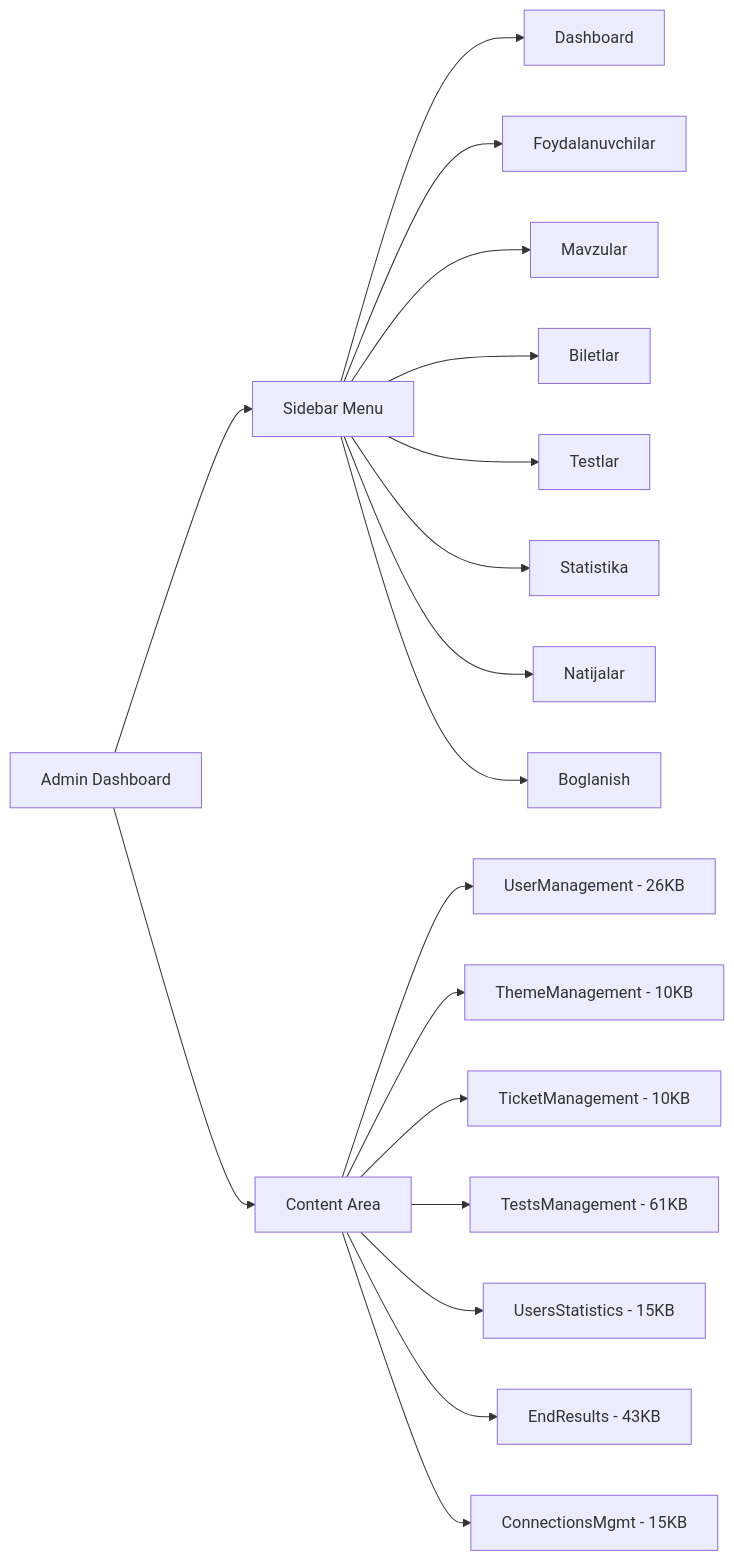
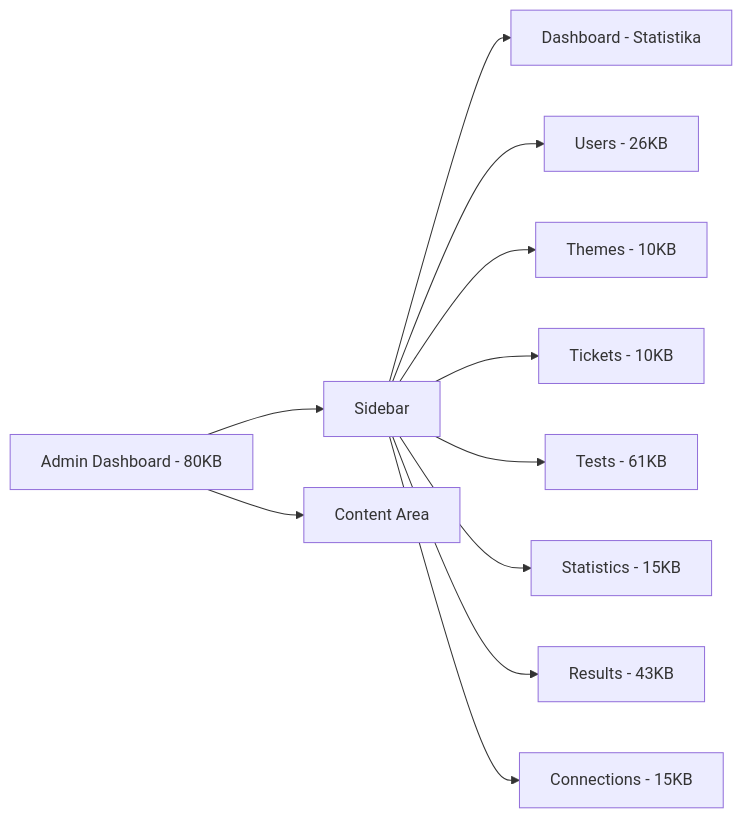
Diagram 13 of 16 in README.md (khismoiloff/BrpAvtoTest), drawn with Mermaid before and after one commit. The commit also changed other lines of this file, not shown here.

````diff
--- a/README.md
+++ b/README.md
@@ -704,23 +756,15 @@
 ```mermaid
 %%{init: {'theme': 'default'}}%%
 graph LR
-    AD[Admin Dashboard] --> S[Sidebar Menu]
+    AD[Admin Dashboard - 80KB] --> S[Sidebar]
     AD --> C[Content Area]
-    
-    S --> S1[Dashboard]
-    S --> S2[Foydalanuvchilar]
-    S --> S3[Mavzular]
-    S --> S4[Biletlar]
-    S --> S5[Testlar]
-    S --> S6[Statistika]
-    S --> S7[Natijalar]
-    S --> S8[Boglanish]
-    
-    C --> C1[UserManagement - 26KB]
-    C --> C2[ThemeManagement - 10KB]
-    C --> C3[TicketManagement - 10KB]
-    C --> C4[TestsManagement - 61KB]
-    C --> C5[UsersStatistics - 15KB]
-    C --> C6[EndResults - 43KB]
-    C --> C7[ConnectionsMgmt - 15KB]
+
+    S --> S1[Dashboard - Statistika]
+    S --> S2[Users - 26KB]
+    S --> S3[Themes - 10KB]
+    S --> S4[Tickets - 10KB]
+    S --> S5[Tests - 61KB]
+    S --> S6[Statistics - 15KB]
+    S --> S7[Results - 43KB]
+    S --> S8[Connections - 15KB]
 ```
````
